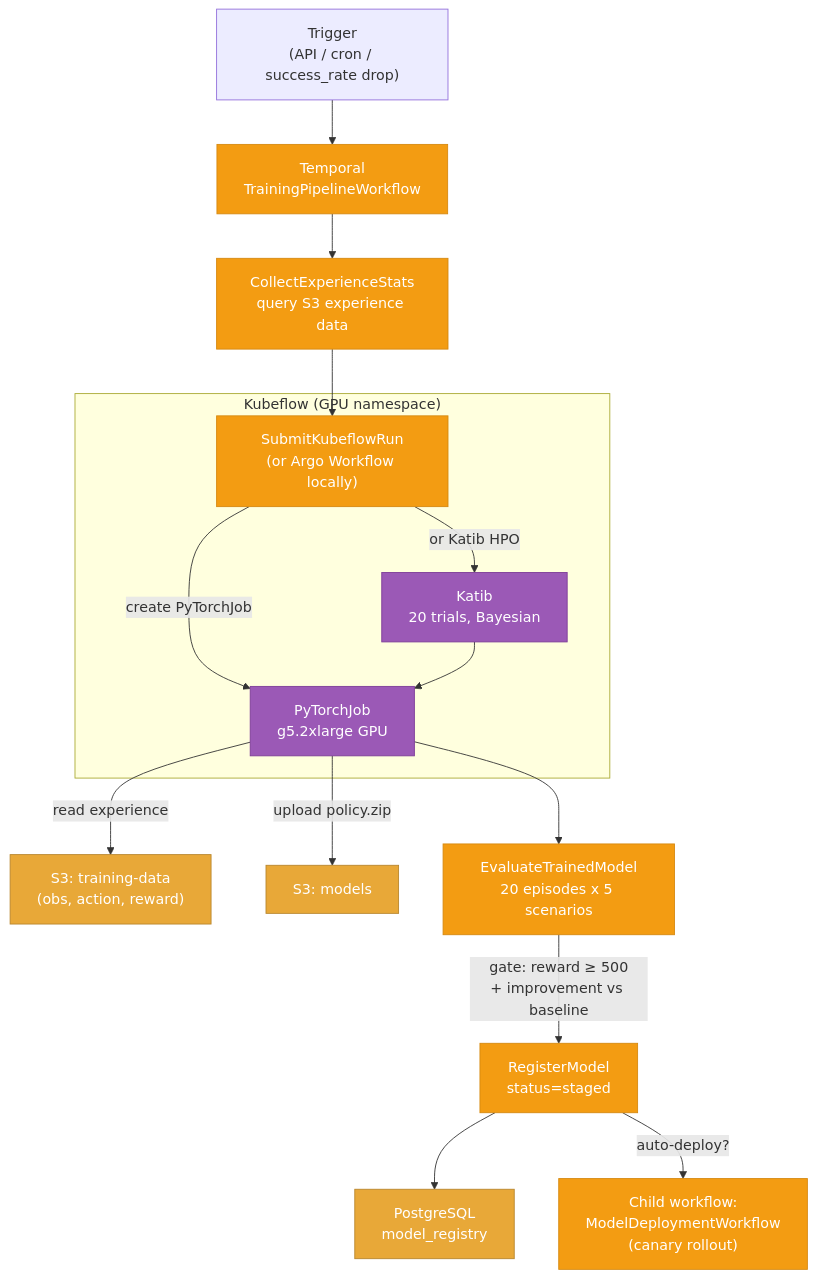
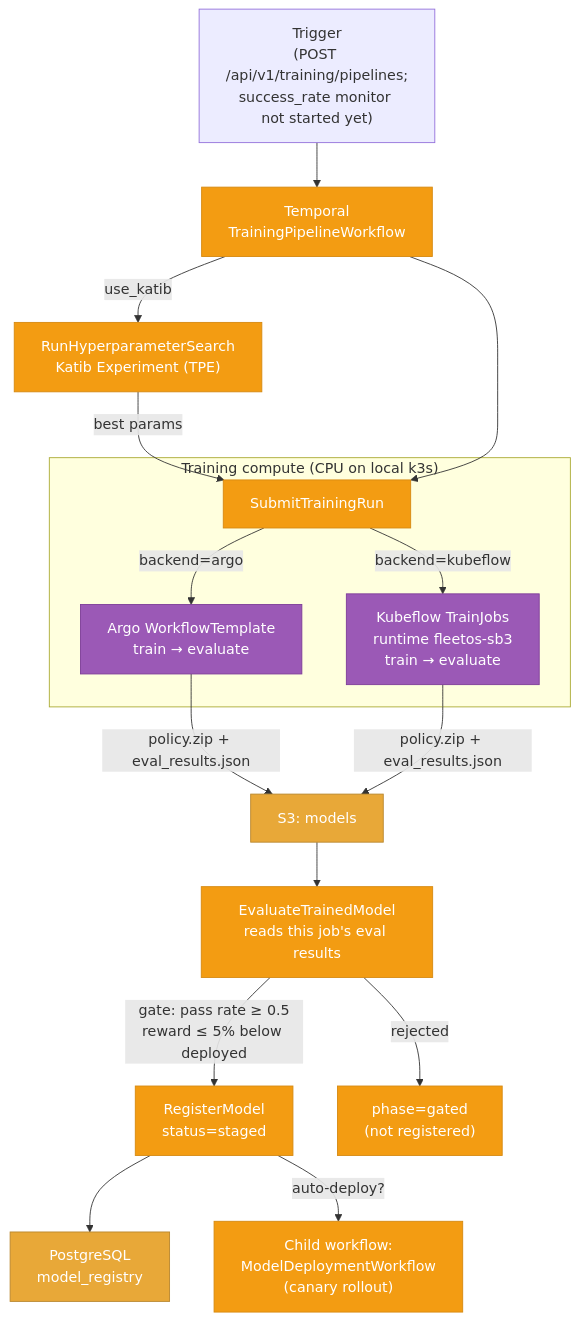
The fifth of 7 diagrams in platform/docs/architecture.md (LetMeSleep8h/robot-fleet), drawn with Mermaid before and after one commit. The commit also changed other lines of this file and 95 other files, not shown here.

````diff
--- a/platform/docs/architecture.md
+++ b/platform/docs/architecture.md
@@ -329,26 +331,27 @@
 ```mermaid
 graph TD
-    TRIGGER["Trigger<br/>(API / cron / success_rate drop)"] --> TEMP["Temporal<br/>TrainingPipelineWorkflow"]
-    TEMP --> STATS["CollectExperienceStats<br/>query S3 experience data"]
-    STATS --> SUBMIT["SubmitKubeflowRun<br/>(or Argo Workflow locally)"]
-    
-    subgraph GPU["Kubeflow (GPU namespace)"]
-        SUBMIT -->|"create PyTorchJob"| TRAIN["PyTorchJob<br/>g5.2xlarge GPU"]
-        SUBMIT -->|"or Katib HPO"| KATIB["Katib<br/>20 trials, Bayesian"]
-        KATIB --> TRAIN
+    TRIGGER["Trigger<br/>(POST /api/v1/training/pipelines;<br/>success_rate monitor not started yet)"] --> TEMP["Temporal<br/>TrainingPipelineWorkflow"]
+    TEMP -->|"use_katib"| HPO["RunHyperparameterSearch<br/>Katib Experiment (TPE)"]
+    HPO -->|"best params"| SUBMIT["SubmitTrainingRun"]
+    TEMP --> SUBMIT
+
+    subgraph Compute["Training compute (CPU on local k3s)"]
+        SUBMIT -->|"backend=argo"| ARGO["Argo WorkflowTemplate<br/>train → evaluate"]
+        SUBMIT -->|"backend=kubeflow"| TRAIN["Kubeflow TrainJobs<br/>runtime fleetos-sb3<br/>train → evaluate"]
     end
 
-    TRAIN -->|"read experience"| S3E["S3: training-data<br/>(obs, action, reward)"]
-    TRAIN -->|"upload policy.zip"| S3M["S3: models"]
-    TRAIN --> EVAL["EvaluateTrainedModel<br/>20 episodes x 5 scenarios"]
-    EVAL -->|"gate: reward ≥ 500<br/>+ improvement vs baseline"| REG["RegisterModel<br/>status=staged"]
+    ARGO -->|"policy.zip + eval_results.json"| S3M["S3: models"]
+    TRAIN -->|"policy.zip + eval_results.json"| S3M
+    S3M --> EVAL["EvaluateTrainedModel<br/>reads this job's eval results"]
+    EVAL -->|"gate: pass rate ≥ 0.5<br/>reward ≤ 5% below deployed"| REG["RegisterModel<br/>status=staged"]
+    EVAL -->|"rejected"| GATED["phase=gated<br/>(not registered)"]
     REG --> PG["PostgreSQL<br/>model_registry"]
     REG -->|"auto-deploy?"| DEPLOY["Child workflow:<br/>ModelDeploymentWorkflow<br/>(canary rollout)"]
 
     classDef temporal fill:#f39c12,stroke:#d68910,color:#fff
     classDef storage fill:#e8a838,stroke:#b8862d,color:#fff
     classDef gpu fill:#9b59b6,stroke:#7d3c98,color:#fff
-    class TEMP,STATS,SUBMIT,EVAL,REG,DEPLOY temporal
-    class S3E,S3M,PG storage
-    class TRAIN,KATIB gpu
+    class TEMP,HPO,SUBMIT,EVAL,REG,DEPLOY,GATED temporal
+    class S3M,PG storage
+    class TRAIN,ARGO gpu
 ```
````
